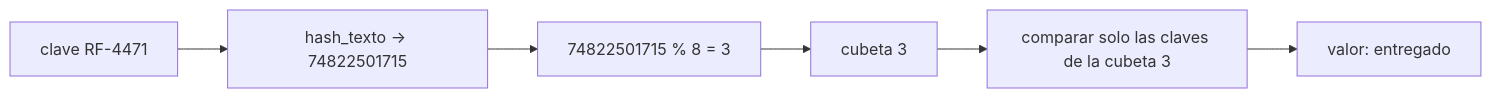
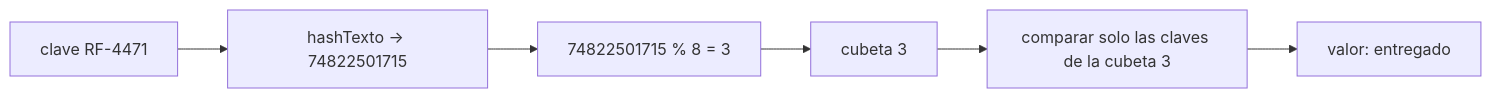
One commit to NICORUIZ93/The_Imperial_Book changed the sixth of 8 diagrams in web/public/content/foundations/modulo-2.md. Above: the diagram before and after it, drawn with Mermaid. The commit also changed other lines of this file and 1 other file, not shown here.

````diff
--- a/web/public/content/foundations/modulo-2.md
+++ b/web/public/content/foundations/modulo-2.md
@@ -1756,8 +1963,8 @@
 ```mermaid
 flowchart LR
-    K["clave RF-4471"] --> H["hash_texto → 74822501715"]
+    K["clave RF-4471"] --> H["hashTexto → 74822501715"]
     H --> M["74822501715 % 8 = 3"]
     M --> B3["cubeta 3"]
     B3 --> CMP["comparar solo las claves de la cubeta 3"]
     CMP --> V["valor: entregado"]
 ```
````
